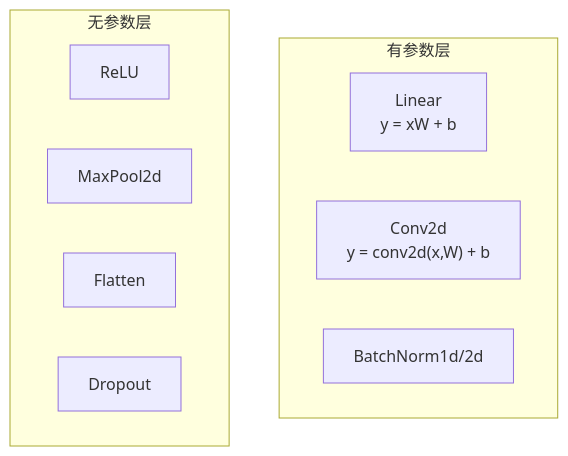
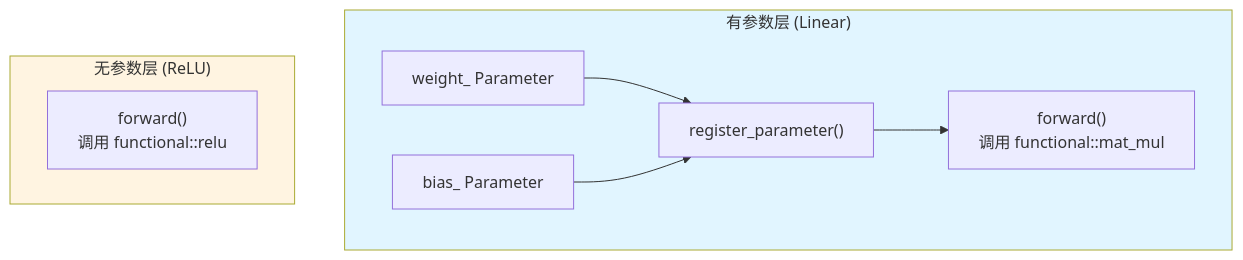
Diagram 30 of 47 in docs/design/architecture.md (jinbooooom/OriginDL), drawn with Mermaid before and after one commit. The commit also changed other lines of this file, not shown here.

Commit message:
doc(design): refactor architecture documentation chapters 3，4，6, 7 and 10

````diff
--- a/docs/design/architecture.md
+++ b/docs/design/architecture.md
@@ -1536,15 +1846,20 @@
 ```mermaid
 flowchart TB
-    subgraph 有参数层
-        Linear["Linear<br/>y = xW + b"]
-        Conv2d["Conv2d<br/>y = conv2d(x,W) + b"]
-        BN["BatchNorm1d/2d"]
+    subgraph ParamLayer["有参数层 (Linear)"]
+        W["weight_ Parameter"]
+        B["bias_ Parameter"]
+        Reg["register_parameter()"]
+        Fwd["forward()<br/>调用 functional::mat_mul"]
     end
-
-    subgraph 无参数层
-        ReLU["ReLU"]
-        MaxPool2d["MaxPool2d"]
-        Flatten["Flatten"]
-        Dropout["Dropout"]
+    
+    subgraph NoParamLayer["无参数层 (ReLU)"]
+        Fwd2["forward()<br/>调用 functional::relu"]
     end
+    
+    W --> Reg
+    B --> Reg
+    Reg --> Fwd
+    
+    style ParamLayer fill:#e1f5ff
+    style NoParamLayer fill:#fff4e1
 ```
````
